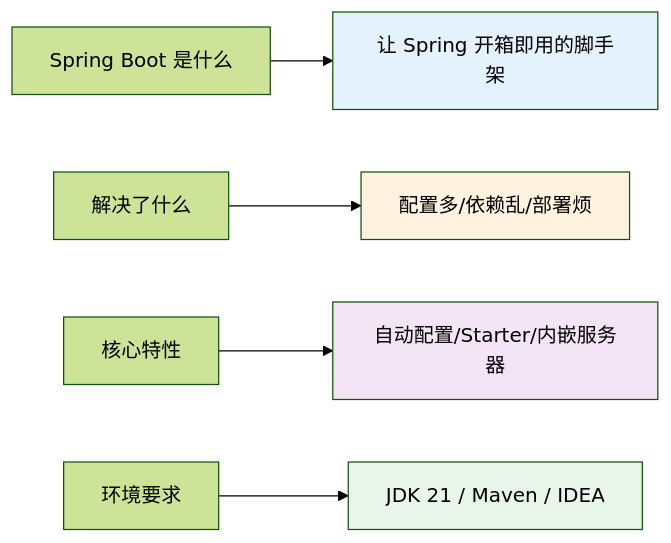
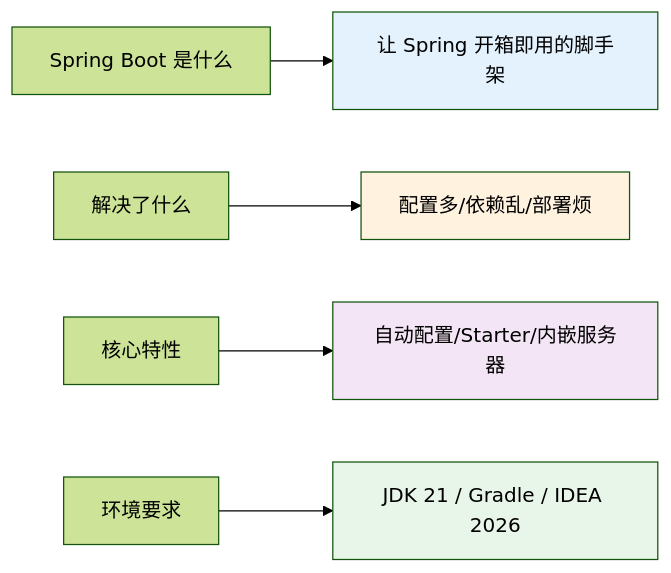
Before and after one commit to zerioo1970/summary: the sixth of 6 diagrams in spring-boot-3.5-学习资料/01-SpringBoot简介与环境搭建.md, drawn with Mermaid (forest theme). The commit also changed other lines of this file and 6 other files, not shown here.

First line of the commit message:
docs: 构建工具从 Maven 全面改为 Gradle，标注 IDEA 2026

````diff
--- a/spring-boot-3.5-学习资料/01-SpringBoot简介与环境搭建.md
+++ b/spring-boot-3.5-学习资料/01-SpringBoot简介与环境搭建.md
@@ -177,12 +178,12 @@
 ```mermaid
 flowchart LR
     A[Spring Boot 是什么] --> A1[让 Spring 开箱即用的脚手架]
     B[解决了什么] --> B1[配置多/依赖乱/部署烦]
     C[核心特性] --> C1[自动配置/Starter/内嵌服务器]
-    D[环境要求] --> D1[JDK 21 / Maven / IDEA]
+    D[环境要求] --> D1[JDK 21 / Gradle / IDEA 2026]
 
     style A1 fill:#e3f2fd
     style B1 fill:#fff3e0
     style C1 fill:#f3e5f5
     style D1 fill:#e8f5e9
 ```
````
